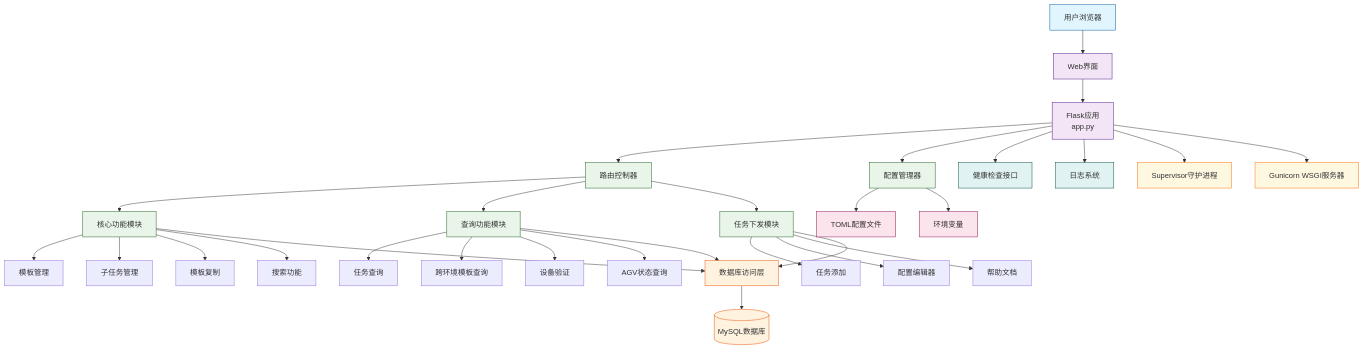
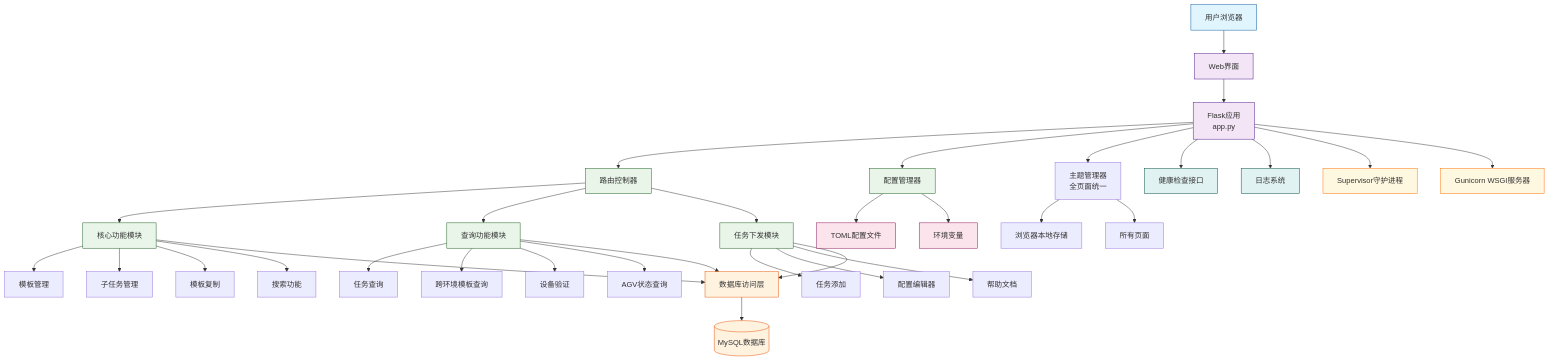
One commit to 1021143806/toolsForPersonal changed the first of 5 diagrams in projects/agv_system/app/cross_env_manager/README.md. Above: the diagram before and after it, drawn with Mermaid. The commit also changed other lines of this file and 29 other files, not shown here.

````diff
--- a/projects/agv_system/app/cross_env_manager/README.md
+++ b/projects/agv_system/app/cross_env_manager/README.md
@@ -212,69 +213,74 @@
 ```mermaid
 graph TB
     %% 用户层
     User[用户浏览器] --> WebUI[Web界面]
     
     %% 应用层
     WebUI --> FlaskApp[Flask应用<br/>app.py]
     
     %% 核心模块层
     FlaskApp --> Router[路由控制器]
     FlaskApp --> ConfigMgr[配置管理器]
+    FlaskApp --> ThemeMgr[主题管理器<br/>全页面统一]
     
     Router --> CoreModules[核心功能模块]
     Router --> QueryModules[查询功能模块]
     Router --> AddTaskModules[任务下发模块]
     
     %% 核心功能模块
     CoreModules --> TemplateMgr[模板管理]
     CoreModules --> DetailMgr[子任务管理]
     CoreModules --> CopyMgr[模板复制]
     CoreModules --> SearchMgr[搜索功能]
     
     %% 查询功能模块
     QueryModules --> TaskQuery[任务查询]
     QueryModules --> CrossModelQuery[跨环境模板查询]
     QueryModules --> DeviceValidation[设备验证]
     QueryModules --> AGVStatus[AGV状态查询]
     
     %% 任务下发模块
     AddTaskModules --> TaskAdd[任务添加]
     AddTaskModules --> ConfigEditor[配置编辑器]
     AddTaskModules --> HelpDocs[帮助文档]
     
     %% 数据访问层
     CoreModules --> Database[数据库访问层]
     QueryModules --> Database
     AddTaskModules --> Database
     
     Database --> MySQL[(MySQL数据库)]
     
     %% 配置层
     ConfigMgr --> TOMLConfig[TOML配置文件]
     ConfigMgr --> EnvConfig[环境变量]
     
+    %% 主题管理层
+    ThemeMgr --> LocalStorage[浏览器本地存储]
+    ThemeMgr --> AllPages[所有页面]
+    
     %% 监控层
     FlaskApp --> HealthCheck[健康检查接口]
     FlaskApp --> Logging[日志系统]
     
     %% 部署层
     FlaskApp --> Supervisor[Supervisor守护进程]
     FlaskApp --> Gunicorn[Gunicorn WSGI服务器]
     
     %% 样式定义
     classDef user fill:#e1f5fe,stroke:#01579b
     classDef app fill:#f3e5f5,stroke:#4a148c
     classDef module fill:#e8f5e8,stroke:#1b5e20
     classDef data fill:#fff3e0,stroke:#e65100
     classDef config fill:#fce4ec,stroke:#880e4f
     classDef monitor fill:#e0f2f1,stroke:#004d40
     classDef deploy fill:#fff8e1,stroke:#ff6f00
     
     class User user
     class WebUI,FlaskApp app
     class CoreModules,QueryModules,AddTaskModules,Router,ConfigMgr module
     class Database,MySQL data
     class TOMLConfig,EnvConfig config
     class HealthCheck,Logging monitor
     class Supervisor,Gunicorn deploy
 ```
````
